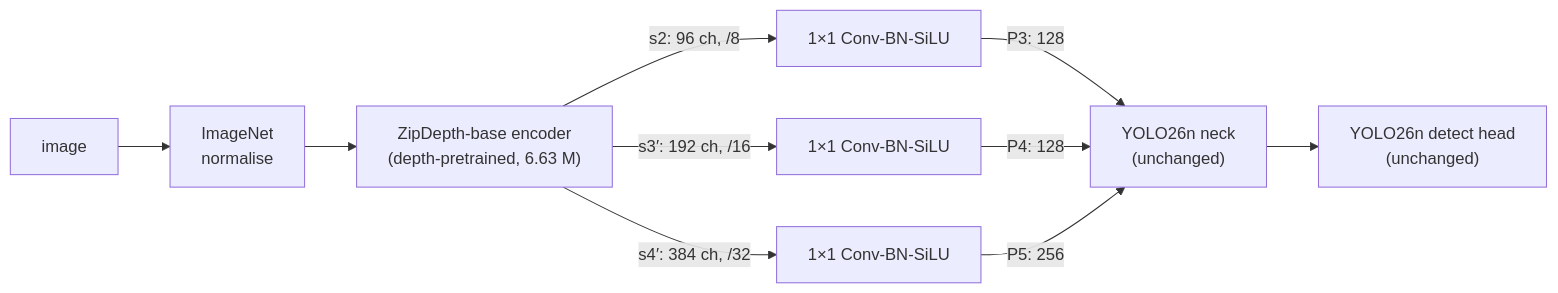
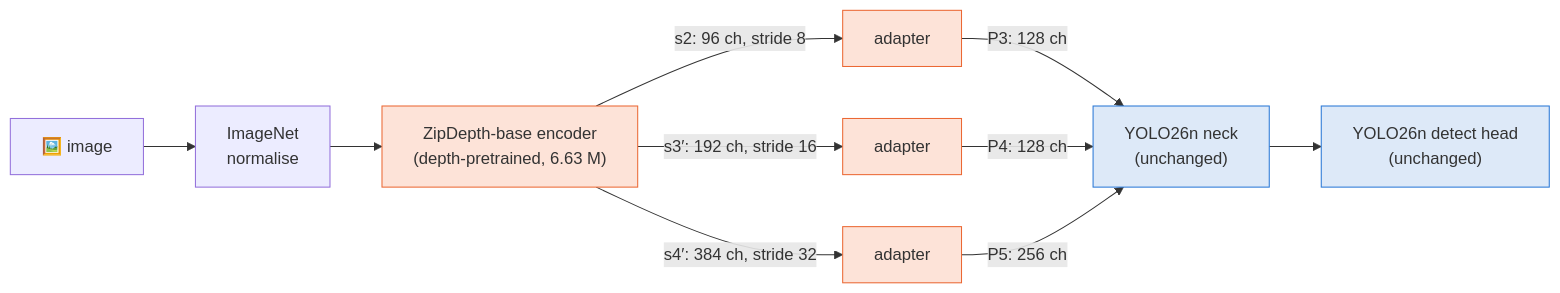
The first of 2 diagrams in README.md (AmirmahdiGolahmar/zipdepth_yolo26n), drawn with Mermaid before and after one commit. The commit also changed other lines of this file and 196 other files, not shown here.

````diff
--- a/README.md
+++ b/README.md
@@ -23,8 +49,14 @@
 ```mermaid
 flowchart LR
-    I["image"] --> N["ImageNet<br/>normalise"] --> E["ZipDepth-base encoder<br/>(depth-pretrained, 6.63 M)"]
-    E -->|"s2: 96 ch, /8"| A1["1×1 Conv-BN-SiLU"] -->|"P3: 128"| NK["YOLO26n neck<br/>(unchanged)"]
-    E -->|"s3′: 192 ch, /16"| A2["1×1 Conv-BN-SiLU"] -->|"P4: 128"| NK
-    E -->|"s4′: 384 ch, /32"| A3["1×1 Conv-BN-SiLU"] -->|"P5: 256"| NK
+    I["🖼️ image"] --> N["ImageNet<br/>normalise"] --> E["ZipDepth-base encoder<br/>(depth-pretrained, 6.63 M)"]
+    E -->|"s2: 96 ch, stride 8"| A1["adapter"] -->|"P3: 128 ch"| NK["YOLO26n neck<br/>(unchanged)"]
+    E -->|"s3′: 192 ch, stride 16"| A2["adapter"] -->|"P4: 128 ch"| NK
+    E -->|"s4′: 384 ch, stride 32"| A3["adapter"] -->|"P5: 256 ch"| NK
     NK --> H["YOLO26n detect head<br/>(unchanged)"]
+    style E fill:#fde3d8,stroke:#eb6834
+    style A1 fill:#fde3d8,stroke:#eb6834
+    style A2 fill:#fde3d8,stroke:#eb6834
+    style A3 fill:#fde3d8,stroke:#eb6834
+    style NK fill:#dde9f8,stroke:#2a78d6
+    style H fill:#dde9f8,stroke:#2a78d6
 ```
````
